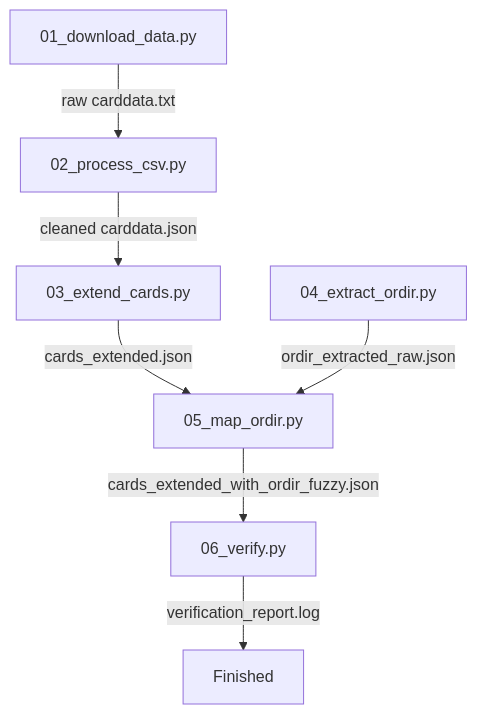
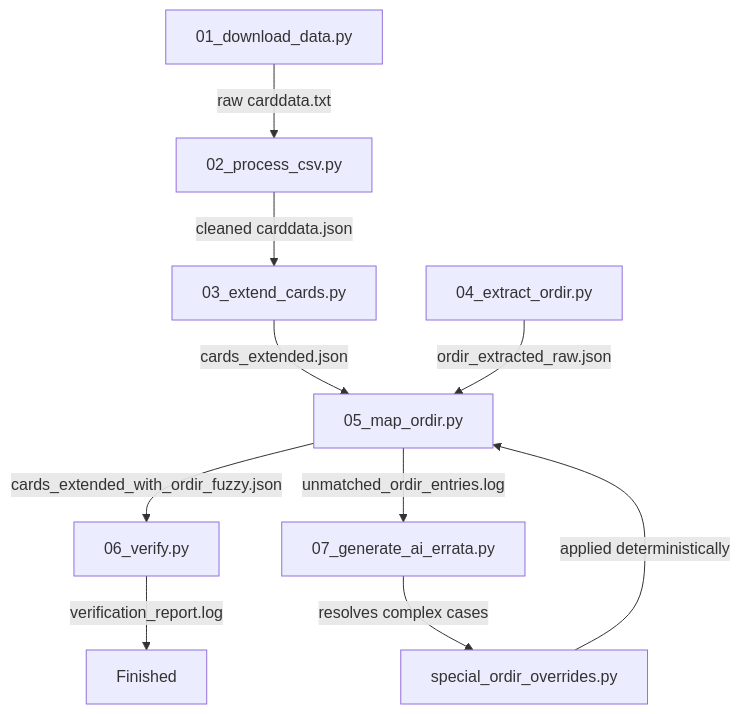
The diagram in Tools/RedemptionCardData/README.md (RrTe/Redemption), drawn with Mermaid before and after one commit. The commit also changed other lines of this file and 19 other files, not shown here.

````diff
--- a/Tools/RedemptionCardData/README.md
+++ b/Tools/RedemptionCardData/README.md
@@ -9,9 +37,12 @@
 ```mermaid
 graph TD
     A[01_download_data.py] -->|raw carddata.txt| B[02_process_csv.py]
     B -->|cleaned carddata.json| C[03_extend_cards.py]
     C -->|cards_extended.json| E[05_map_ordir.py]
     D[04_extract_ordir.py] -->|ordir_extracted_raw.json| E
     E -->|cards_extended_with_ordir_fuzzy.json| F[06_verify.py]
+    E -->|unmatched_ordir_entries.log| H[07_generate_ai_errata.py]
+    H -->|resolves complex cases| I[special_ordir_overrides.py]
+    I -->|applied deterministically| E
     F -->|verification_report.log| G[Finished]
 ```
````
